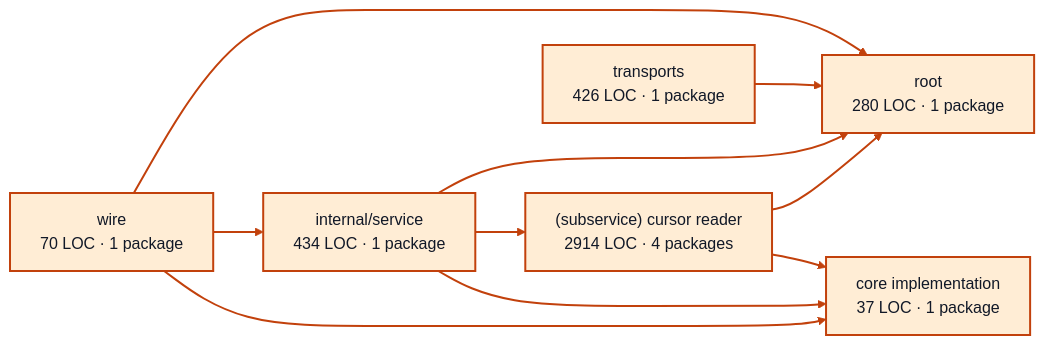
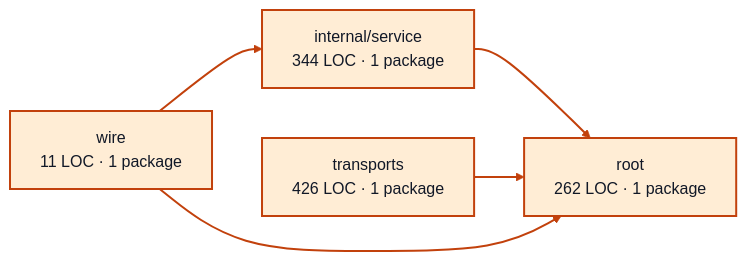
One commit to portpowered/you-agent-factory changed the diagram in docs/architecture/visualizations/services/provider_sessions.md. Above: the diagram before and after it, drawn with Mermaid. The commit also changed other lines of this file and 20 other files, not shown here.

Commit message:
docs: refresh backend architecture visualizations

````diff
--- a/docs/architecture/visualizations/services/provider_sessions.md
+++ b/docs/architecture/visualizations/services/provider_sessions.md
@@ -11,25 +11,16 @@
 ```mermaid
 flowchart LR
-  p0["core implementation<br/>37 LOC · 1 package"]
-  p1["internal/service<br/>434 LOC · 1 package"]
-  p2["(subservice) cursor reader<br/>2914 LOC · 4 packages"]
-  p3["root<br/>280 LOC · 1 package"]
-  p4["transports<br/>426 LOC · 1 package"]
-  p5["wire<br/>70 LOC · 1 package"]
-  p1 --> p0
-  p1 --> p2
-  p1 --> p3
-  p2 --> p0
-  p2 --> p3
-  p4 --> p3
-  p5 --> p0
-  p5 --> p1
-  p5 --> p3
+  p0["internal/service<br/>344 LOC · 1 package"]
+  p1["root<br/>262 LOC · 1 package"]
+  p2["transports<br/>426 LOC · 1 package"]
+  p3["wire<br/>11 LOC · 1 package"]
+  p0 --> p1
+  p2 --> p1
+  p3 --> p0
+  p3 --> p1
   style p0 fill:#ffedd5,stroke:#c2410c,stroke-width:2px,color:#111827
   style p1 fill:#ffedd5,stroke:#c2410c,stroke-width:2px,color:#111827
   style p2 fill:#ffedd5,stroke:#c2410c,stroke-width:2px,color:#111827
   style p3 fill:#ffedd5,stroke:#c2410c,stroke-width:2px,color:#111827
-  style p4 fill:#ffedd5,stroke:#c2410c,stroke-width:2px,color:#111827
-  style p5 fill:#ffedd5,stroke:#c2410c,stroke-width:2px,color:#111827
   linkStyle default stroke:#c2410c,stroke-width:2px
 ```
````
